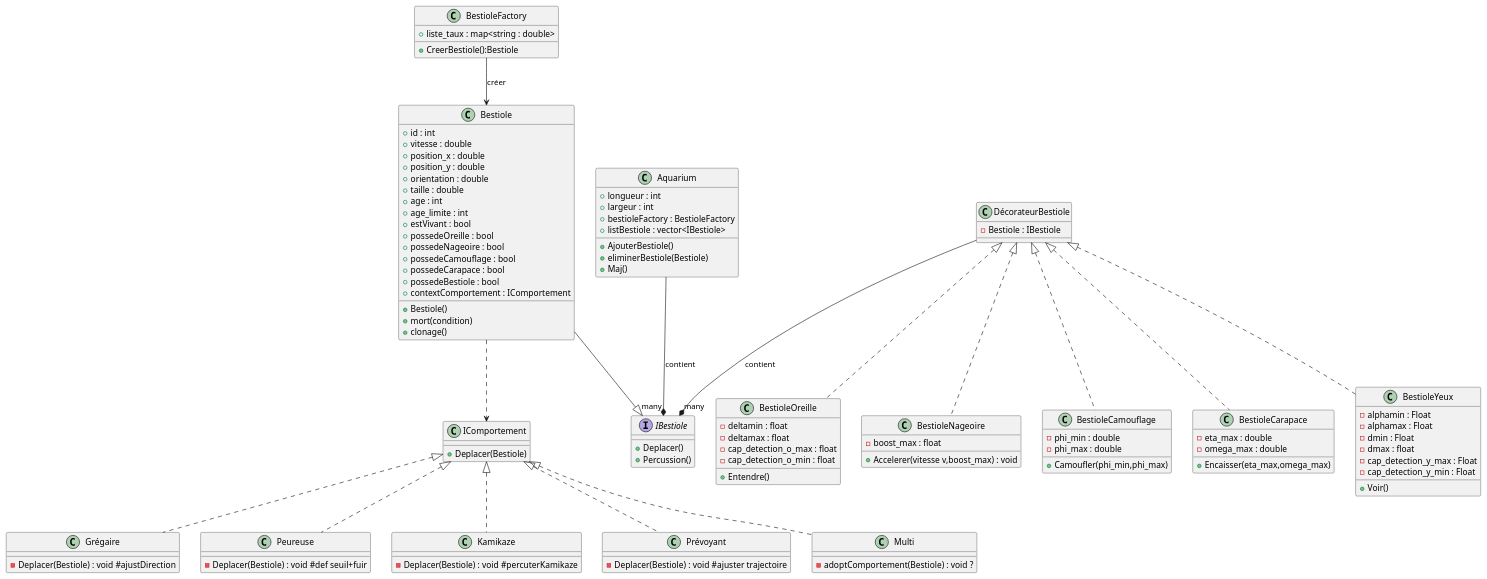
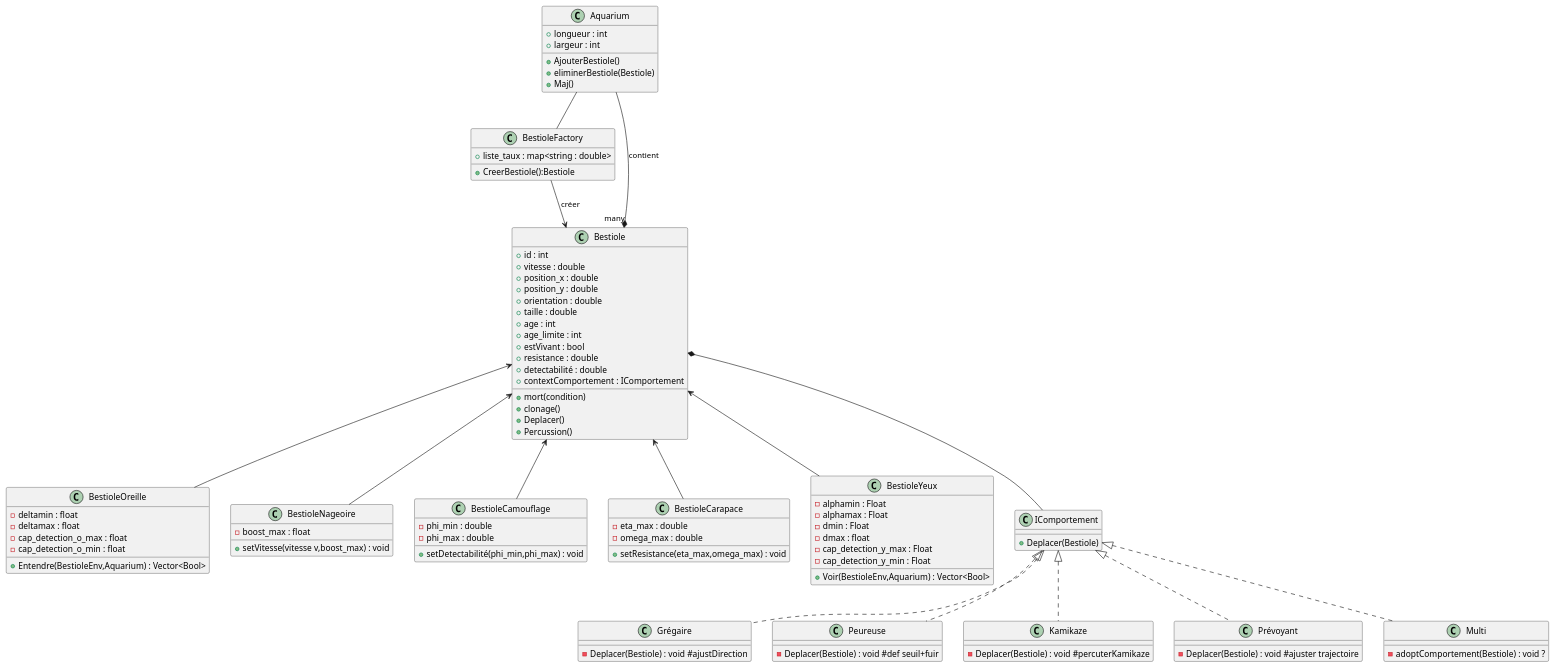
The diagram in diagramme.puml (Faberra57/BE), drawn with PlantUML before and after one commit.

```diff
--- a/diagramme.puml
+++ b/diagramme.puml
@@ -1,131 +1,120 @@
 @startuml dd
 
 class BestioleFactory {
   + liste_taux : map<string : double>
   + CreerBestiole():Bestiole
 }
 
 class Bestiole {
     + id : int
     + vitesse : double
     + position_x : double
     + position_y : double
     + orientation : double
     + taille : double
     + age : int
     + age_limite : int
     + estVivant : bool
-    + possedeOreille : bool
-    + possedeNageoire : bool
-    + possedeCamouflage : bool 
-    + possedeCarapace : bool 
-    + possedeBestiole : bool
-    + Bestiole()
+    + resistance : double
+    + detectabilité : double
     + mort(condition)
     + clonage()
     + contextComportement : IComportement
+    + Deplacer()
+    + Percussion()
 }
 
 class Aquarium {
  + longueur : int
  + largeur : int
- + bestioleFactory : BestioleFactory
- + listBestiole : vector<IBestiole>
 
  +AjouterBestiole()
  +eliminerBestiole(Bestiole)
  +Maj()
 }
 
 class BestioleOreille {
     - deltamin : float
     - deltamax : float
     - cap_detection_o_max : float
     - cap_detection_o_min : float
-    + Entendre()
+    + Entendre(BestioleEnv,Aquarium) : Vector<Bool> 
 
 }
 
 class BestioleNageoire {  
     - boost_max : float
-    + Accelerer(vitesse v,boost_max) : void
+    + setVitesse(vitesse v,boost_max) : void
 }
 
 class BestioleCamouflage {
   - phi_min : double
   - phi_max : double
-  + Camoufler(phi_min,phi_max)
+  + setDetectabilité(phi_min,phi_max) : void
 }
 
 class BestioleCarapace {
   - eta_max : double
   - omega_max : double
-  + Encaisser(eta_max,omega_max)
+  + setResistance(eta_max,omega_max) : void
 }
 
 class BestioleYeux {
   - alphamin : Float
   - alphamax : Float
   - dmin : Float
   - dmax : float
   - cap_detection_y_max : Float
   - cap_detection_y_min : Float
-  + Voir()
+  + Voir(BestioleEnv,Aquarium) : Vector<Bool>
 }
 
 class IComportement {
   + Deplacer(Bestiole)
 }
 
 class Grégaire {
     -Deplacer(Bestiole) : void #ajustDirection
 
 }
 
 class Peureuse{
     -Deplacer(Bestiole) : void #def seuil+fuir
 
 }
 
 class Kamikaze{
     -Deplacer(Bestiole) : void #percuterKamikaze
 }
 
 class Prévoyant{
     -Deplacer(Bestiole) : void #ajuster trajectoire
 
 }
 
-Interface IBestiole{
-  +Deplacer()
-  +Percussion()
-}
-
-class DécorateurBestiole{
-  - Bestiole : IBestiole 
-}
 
 class Multi{
     -adoptComportement(Bestiole) : void ?
 }
 
 BestioleFactory --> Bestiole : créer
-DécorateurBestiole <|.. BestioleOreille
-DécorateurBestiole <|.. BestioleNageoire
-DécorateurBestiole <|.. BestioleCamouflage
-DécorateurBestiole <|.. BestioleCarapace
-DécorateurBestiole <|.. BestioleYeux
-Bestiole ..> IComportement
+Bestiole <-- BestioleOreille
+Bestiole <-- BestioleNageoire
+Bestiole <-- BestioleCamouflage
+Bestiole <-- BestioleCarapace
+Bestiole <-- BestioleYeux
+
 
 IComportement <|.. Grégaire
 IComportement <|.. Peureuse
 IComportement <|.. Kamikaze
 IComportement <|.. Prévoyant
 IComportement <|.. Multi
-Bestiole --|> IBestiole
+Bestiole *-- IComportement
 
 
-Aquarium --* "many" IBestiole : contient
-DécorateurBestiole --* "many" IBestiole : contient
+Aquarium --* "many" Bestiole : contient
+
+Aquarium -- BestioleFactory
 
 @enduml
```
